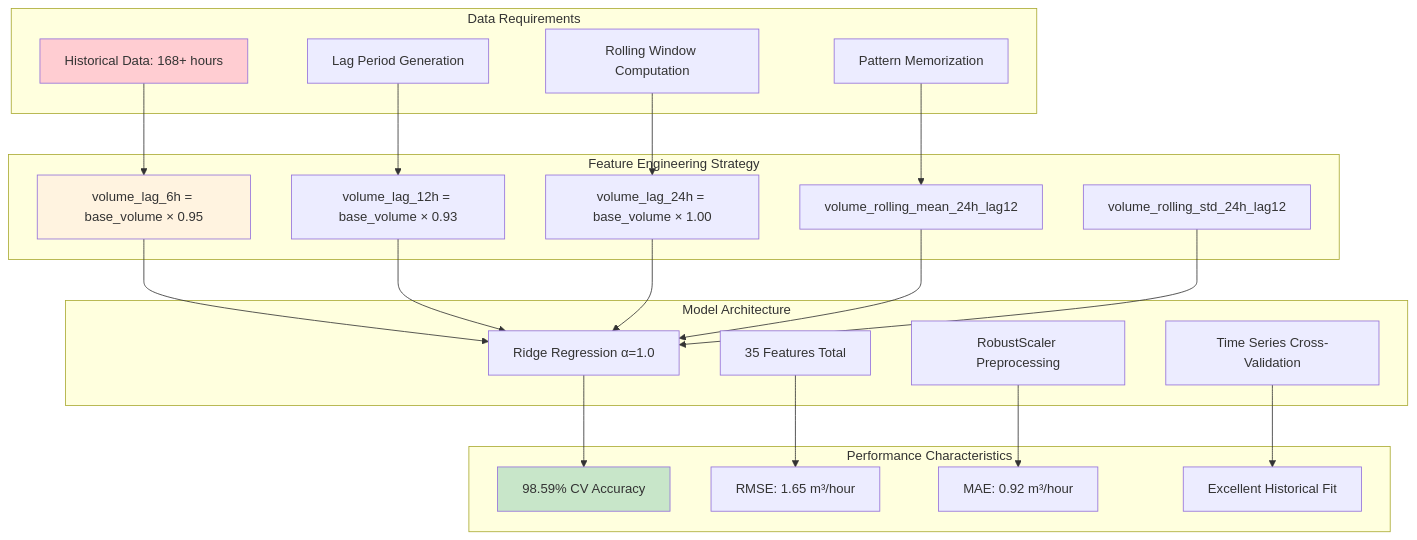
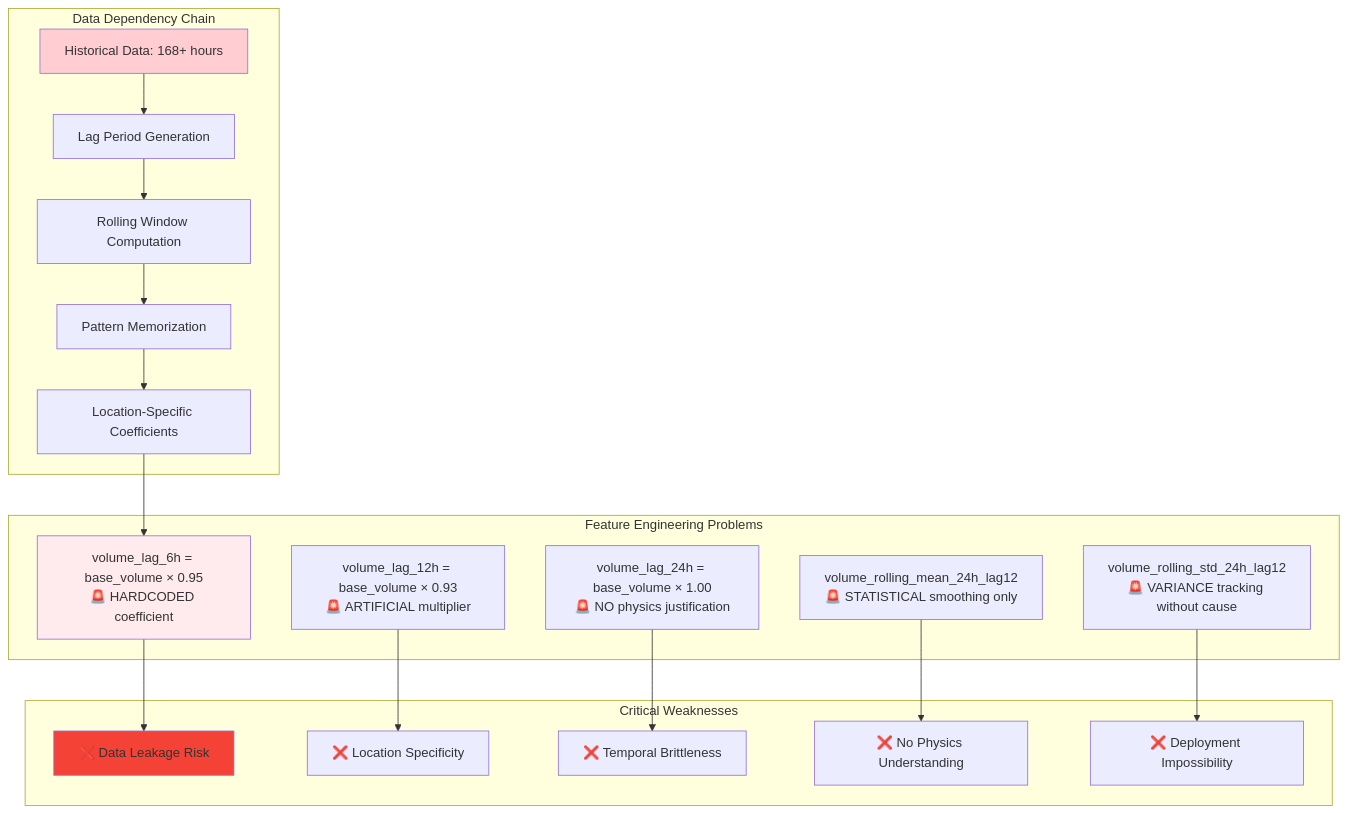
Before and after one commit to GameHelix/centipede: the second of 9 diagrams in physics/analyse.md, drawn with Mermaid. The commit also changed other lines of this file, not shown here.

````diff
--- a/physics/analyse.md
+++ b/physics/analyse.md
@@ -55,51 +57,36 @@
 ```mermaid
 flowchart TD
-    subgraph "Data Requirements"
-        D1[Historical Data: 168+ hours]
-        D2[Lag Period Generation]
-        D3[Rolling Window Computation]
-        D4[Pattern Memorization]
+    subgraph "Data Dependency Chain"
+        D1[Historical Data: 168+ hours] --> D2[Lag Period Generation]
+        D2 --> D3[Rolling Window Computation]
+        D3 --> D4[Pattern Memorization]
+        D4 --> D5[Location-Specific Coefficients]
     end
     
-    subgraph "Feature Engineering Strategy"
-        F1[volume_lag_6h = base_volume × 0.95]
-        F2[volume_lag_12h = base_volume × 0.93]
-        F3[volume_lag_24h = base_volume × 1.00]
-        F4[volume_rolling_mean_24h_lag12]
-        F5[volume_rolling_std_24h_lag12]
+    subgraph "Feature Engineering Problems"
+        F1["volume_lag_6h = base_volume × 0.95<br/>🚨 HARDCODED coefficient"]
+        F2["volume_lag_12h = base_volume × 0.93<br/>🚨 ARTIFICIAL multiplier"]
+        F3["volume_lag_24h = base_volume × 1.00<br/>🚨 NO physics justification"]
+        F4["volume_rolling_mean_24h_lag12<br/>🚨 STATISTICAL smoothing only"]
+        F5["volume_rolling_std_24h_lag12<br/>🚨 VARIANCE tracking without cause"]
     end
     
-    subgraph "Model Architecture"
-        M1[Ridge Regression α=1.0]
-        M2[35 Features Total]
-        M3[RobustScaler Preprocessing]
-        M4[Time Series Cross-Validation]
+    subgraph "Critical Weaknesses"
+        W1[❌ Data Leakage Risk]
+        W2[❌ Location Specificity]
+        W3[❌ Temporal Brittleness]
+        W4[❌ No Physics Understanding]
+        W5[❌ Deployment Impossibility]
     end
     
-    subgraph "Performance Characteristics"
-        P1[98.59% CV Accuracy]
-        P2[RMSE: 1.65 m³/hour]
-        P3[MAE: 0.92 m³/hour]
-        P4[Excellent Historical Fit]
-    end
-    
-    D1 --> F1
-    D2 --> F2
-    D3 --> F3
-    D4 --> F4
-    
-    F1 --> M1
-    F2 --> M1
-    F3 --> M1
-    F4 --> M1
-    F5 --> M1
-    
-    M1 --> P1
-    M2 --> P2
-    M3 --> P3
-    M4 --> P4
+    D5 --> F1
+    F1 --> W1
+    F2 --> W2
+    F3 --> W3
+    F4 --> W4
+    F5 --> W5
     
     style D1 fill:#ffcdd2
-    style F1 fill:#fff3e0
-    style P1 fill:#c8e6c9
+    style F1 fill:#ffebee
+    style W1 fill:#f44336
 ```
````
